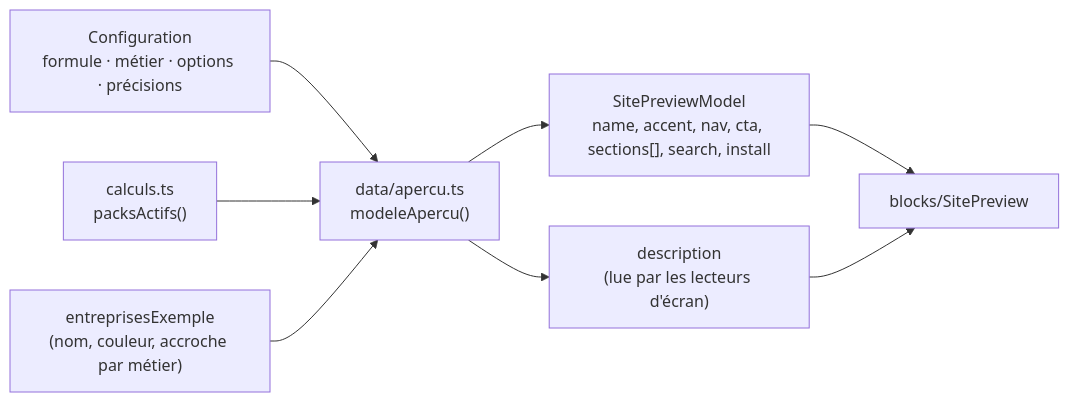
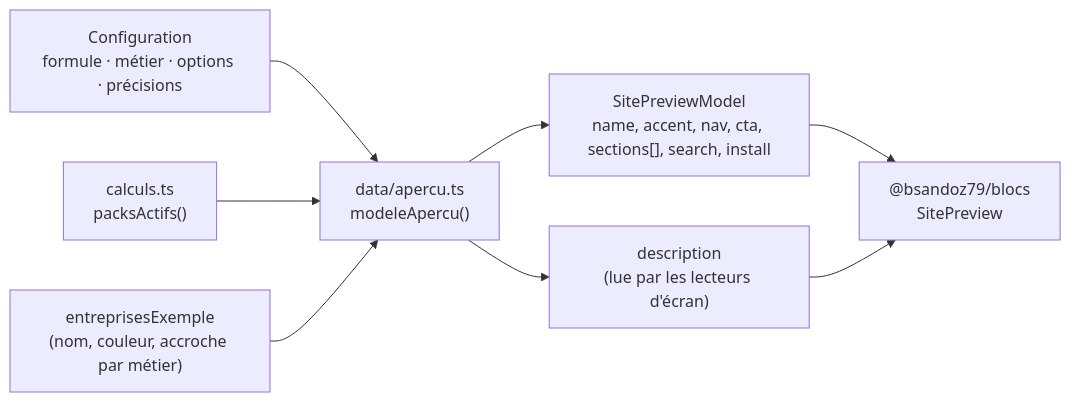
One commit to bsandoz79/bsandoz-site changed the diagram in docs/fonctionnalites/apercu.md. Above: the diagram before and after it, drawn with Mermaid. The commit also changed other lines of this file and 7 other files, not shown here.

````diff
--- a/docs/fonctionnalites/apercu.md
+++ b/docs/fonctionnalites/apercu.md
@@ -7,10 +7,10 @@
 ```mermaid
 flowchart LR
   config["Configuration<br/>formule · métier · options · précisions"] --> modele["data/apercu.ts<br/>modeleApercu()"]
   packs["calculs.ts<br/>packsActifs()"] --> modele
   entreprises["entreprisesExemple<br/>(nom, couleur, accroche par métier)"] --> modele
   modele --> m["SitePreviewModel<br/>name, accent, nav, cta, sections[], search, install"]
   modele --> d["description<br/>(lue par les lecteurs d'écran)"]
-  m --> bloc["blocks/SitePreview"]
+  m --> bloc["@bsandoz79/blocs<br/>SitePreview"]
   d --> bloc
 ```
````
